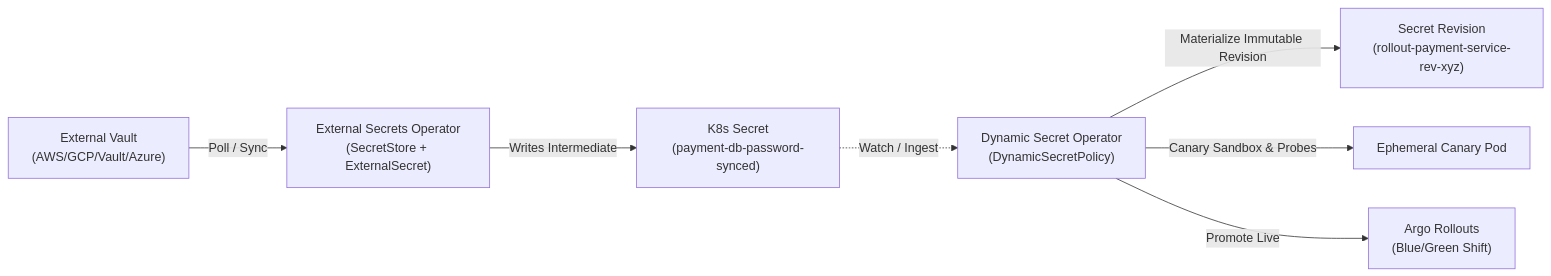
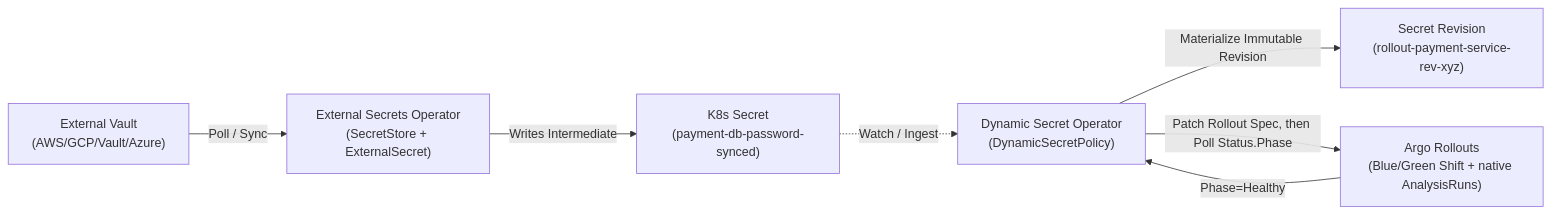
One commit to quantumsys-dev/dynamic-secret-operator changed the diagram in examples/eso/argo-rollouts-blue-green/README.md. Above: the diagram before and after it, drawn with Mermaid. The commit also changed other lines of this file and 6 other files, not shown here.

````diff
--- a/examples/eso/argo-rollouts-blue-green/README.md
+++ b/examples/eso/argo-rollouts-blue-green/README.md
@@ -9,9 +9,9 @@
 ```mermaid
 graph LR
     Vault["External Vault<br/>(AWS/GCP/Vault/Azure)"] -->|Poll / Sync| ESO["External Secrets Operator<br/>(SecretStore + ExternalSecret)"]
     ESO -->|Writes Intermediate| SyncSec["K8s Secret<br/>(payment-db-password-synced)"]
     SyncSec -.->|Watch / Ingest| DSO["Dynamic Secret Operator<br/>(DynamicSecretPolicy)"]
     DSO -->|Materialize Immutable Revision| RevSec["Secret Revision<br/>(rollout-payment-service-rev-xyz)"]
-    DSO -->|Canary Sandbox & Probes| Canary["Ephemeral Canary Pod"]
-    DSO -->|Promote Live| Rollout["Argo Rollouts<br/>(Blue/Green Shift)"]
+    DSO -->|Patch Rollout Spec, then Poll Status.Phase| Rollout["Argo Rollouts<br/>(Blue/Green Shift + native AnalysisRuns)"]
+    Rollout -->|Phase=Healthy| DSO
 ```
````
